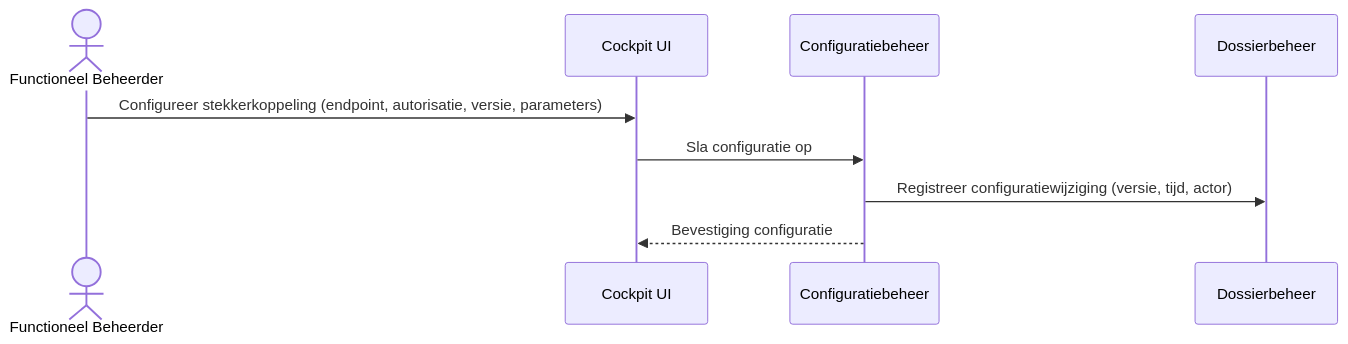
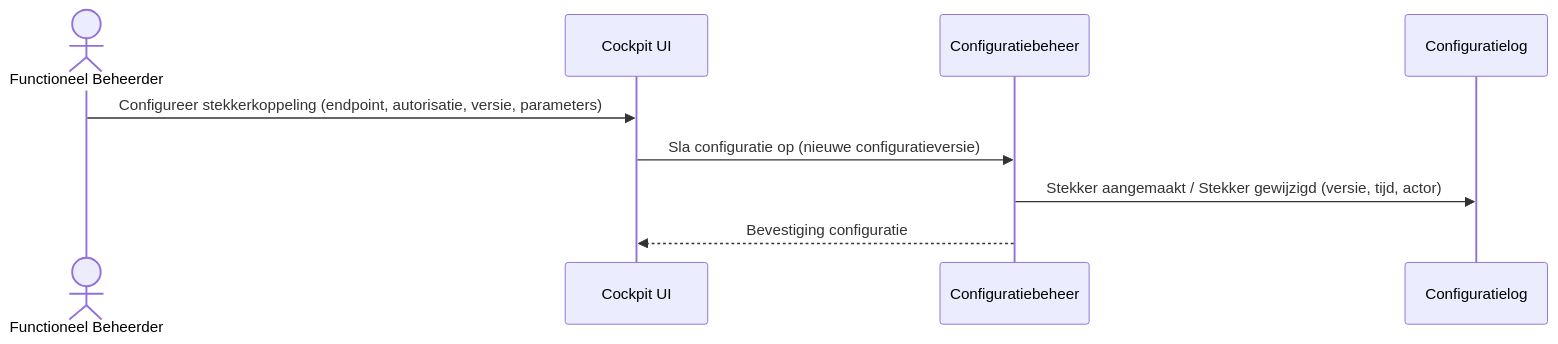
Before and after one commit to GemeenteArnhem/Vernietigingscockpit: the ninth of 12 diagrams in architectuur/sequence-diagrammen.md, drawn with Mermaid. The commit also changed other lines of this file and 39 other files, not shown here.

````diff
--- a/architectuur/sequence-diagrammen.md
+++ b/architectuur/sequence-diagrammen.md
@@ -286,12 +277,12 @@
 ```mermaid
 sequenceDiagram
     actor FB as Functioneel Beheerder
     participant UI as Cockpit UI
     participant C as Configuratiebeheer
-    participant D as Dossierbeheer
+    participant D as Configuratielog
 
     FB ->> UI: Configureer stekkerkoppeling (endpoint, autorisatie, versie, parameters)
-    UI ->> C: Sla configuratie op
-    C ->> D: Registreer configuratiewijziging (versie, tijd, actor)
+    UI ->> C: Sla configuratie op (nieuwe configuratieversie)
+    C ->> D: Stekker aangemaakt / Stekker gewijzigd (versie, tijd, actor)
     C -->> UI: Bevestiging configuratie
 ```
````
